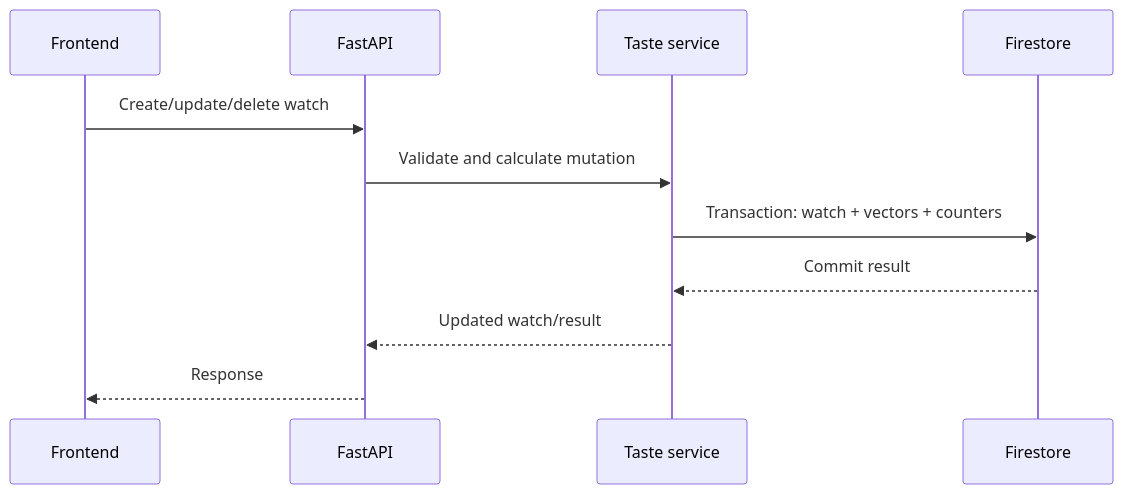
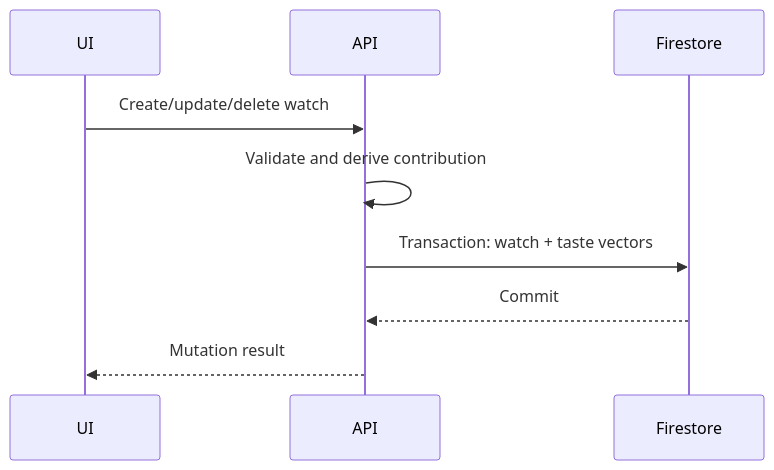
Before and after one commit to Shreyas-patil07/Dex: the third of 3 diagrams in docs/03_Architecture.md, drawn with Mermaid. The commit also changed other lines of this file and 20 other files, not shown here.

````diff
--- a/docs/03_Architecture.md
+++ b/docs/03_Architecture.md
@@ -88,13 +81,11 @@
 ```mermaid
 sequenceDiagram
-    participant UI as Frontend
-    participant API as FastAPI
-    participant Taste as Taste service
+    participant UI
+    participant API
     participant DB as Firestore
     UI->>API: Create/update/delete watch
-    API->>Taste: Validate and calculate mutation
-    Taste->>DB: Transaction: watch + vectors + counters
-    DB-->>Taste: Commit result
-    Taste-->>API: Updated watch/result
-    API-->>UI: Response
+    API->>API: Validate and derive contribution
+    API->>DB: Transaction: watch + taste vectors
+    DB-->>API: Commit
+    API-->>UI: Mutation result
 ```
````
